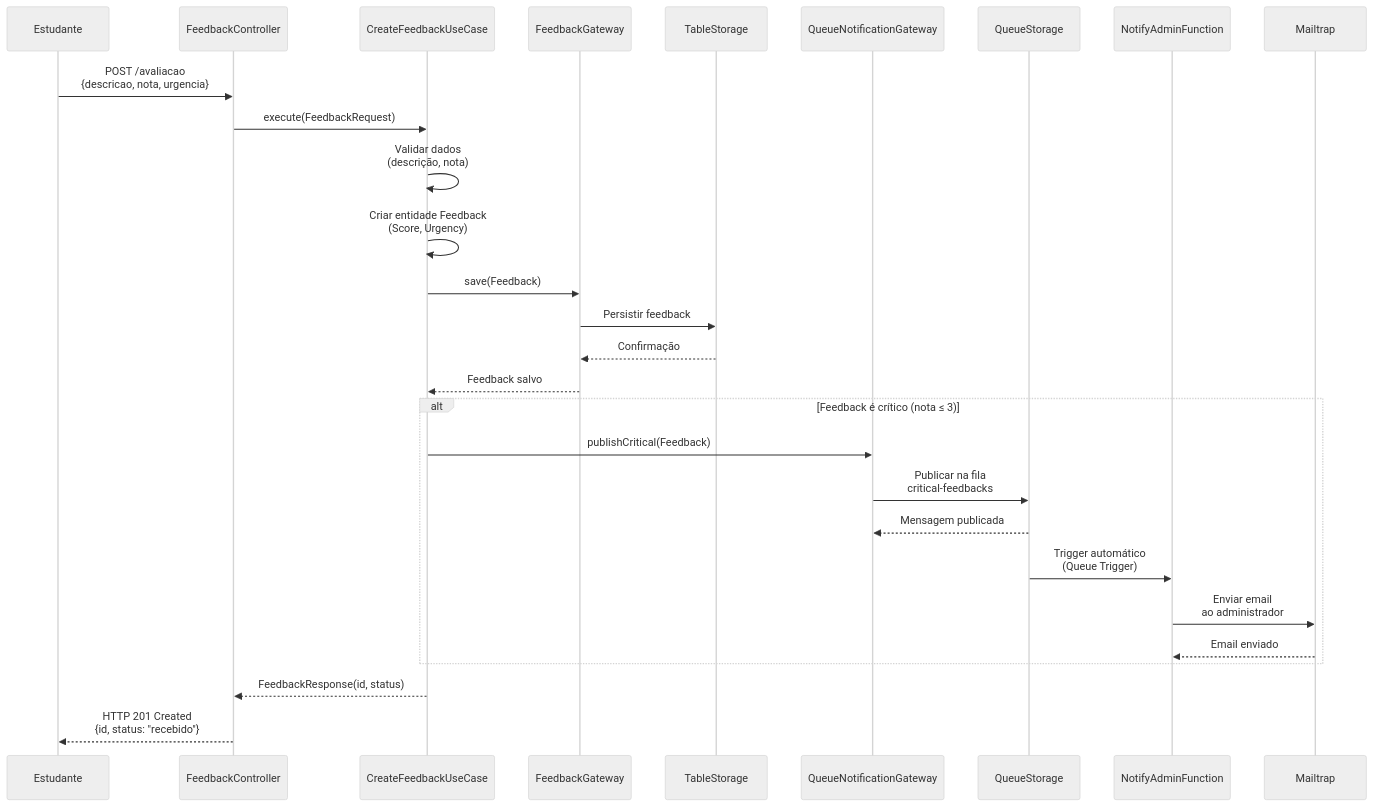
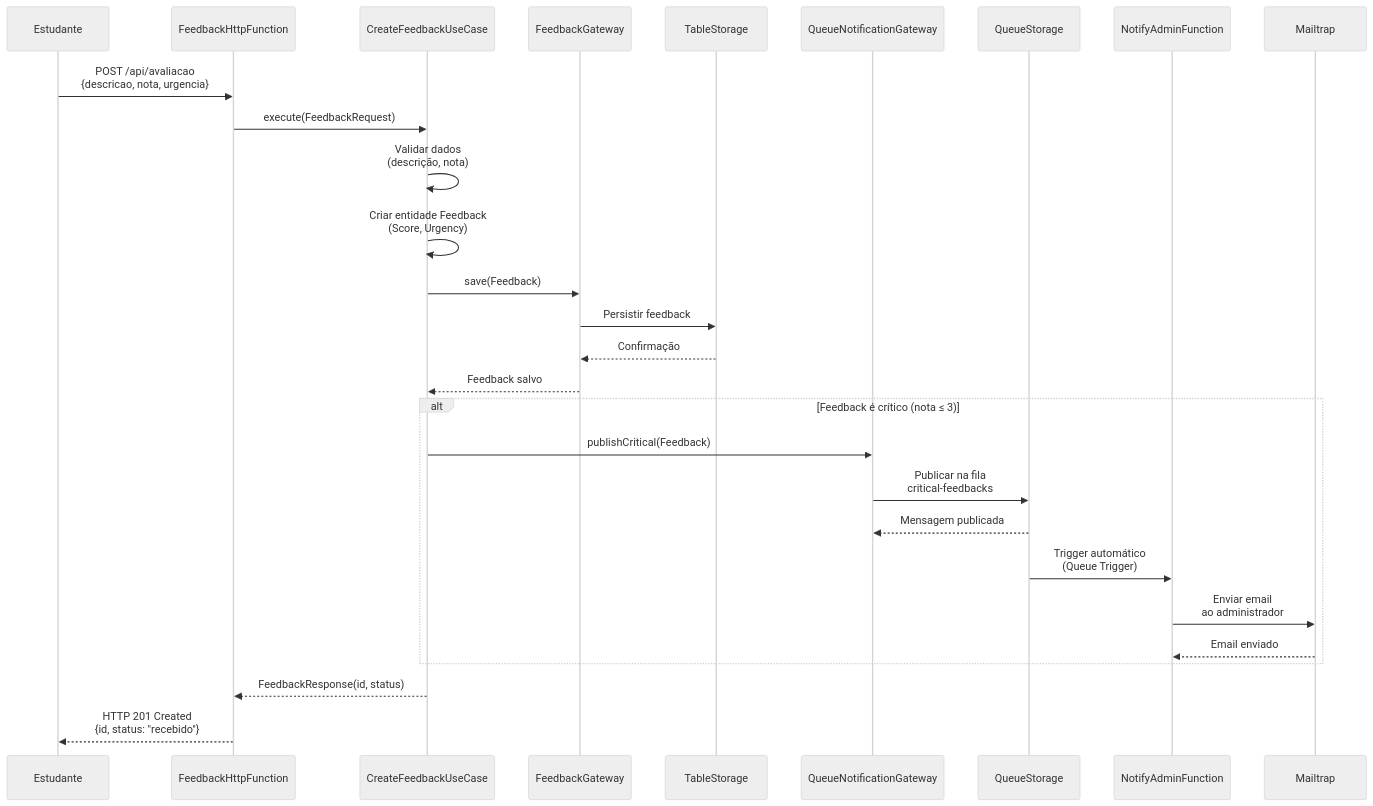
One commit to luizffdemoraes/feedback-sync changed the second of 9 diagrams in README.md. Above: the diagram before and after it, drawn with Mermaid (neutral theme). The commit also changed other lines of this file and 5 other files, not shown here.

````diff
--- a/README.md
+++ b/README.md
@@ -336,36 +336,36 @@
 ```mermaid
 sequenceDiagram
     participant Estudante
-    participant FeedbackController
+    participant FeedbackHttpFunction
     participant CreateFeedbackUseCase
     participant FeedbackGateway
     participant TableStorage
     participant QueueNotificationGateway
     participant QueueStorage
     participant NotifyAdminFunction
     participant Mailtrap
 
-    Estudante->>FeedbackController: POST /avaliacao<br/>{descricao, nota, urgencia}
+    Estudante->>FeedbackHttpFunction: POST /api/avaliacao<br/>{descricao, nota, urgencia}
     
-    FeedbackController->>CreateFeedbackUseCase: execute(FeedbackRequest)
+    FeedbackHttpFunction->>CreateFeedbackUseCase: execute(FeedbackRequest)
     
     CreateFeedbackUseCase->>CreateFeedbackUseCase: Validar dados<br/>(descrição, nota)
     CreateFeedbackUseCase->>CreateFeedbackUseCase: Criar entidade Feedback<br/>(Score, Urgency)
     
     CreateFeedbackUseCase->>FeedbackGateway: save(Feedback)
     FeedbackGateway->>TableStorage: Persistir feedback
     TableStorage-->>FeedbackGateway: Confirmação
     FeedbackGateway-->>CreateFeedbackUseCase: Feedback salvo
     
     alt Feedback é crítico (nota ≤ 3)
         CreateFeedbackUseCase->>QueueNotificationGateway: publishCritical(Feedback)
         QueueNotificationGateway->>QueueStorage: Publicar na fila<br/>critical-feedbacks
         QueueStorage-->>QueueNotificationGateway: Mensagem publicada
         QueueStorage->>NotifyAdminFunction: Trigger automático<br/>(Queue Trigger)
         NotifyAdminFunction->>Mailtrap: Enviar email<br/>ao administrador
         Mailtrap-->>NotifyAdminFunction: Email enviado
     end
     
-    CreateFeedbackUseCase-->>FeedbackController: FeedbackResponse(id, status)
-    FeedbackController-->>Estudante: HTTP 201 Created<br/>{id, status: "recebido"}
+    CreateFeedbackUseCase-->>FeedbackHttpFunction: FeedbackResponse(id, status)
+    FeedbackHttpFunction-->>Estudante: HTTP 201 Created<br/>{id, status: "recebido"}
 ```
````
